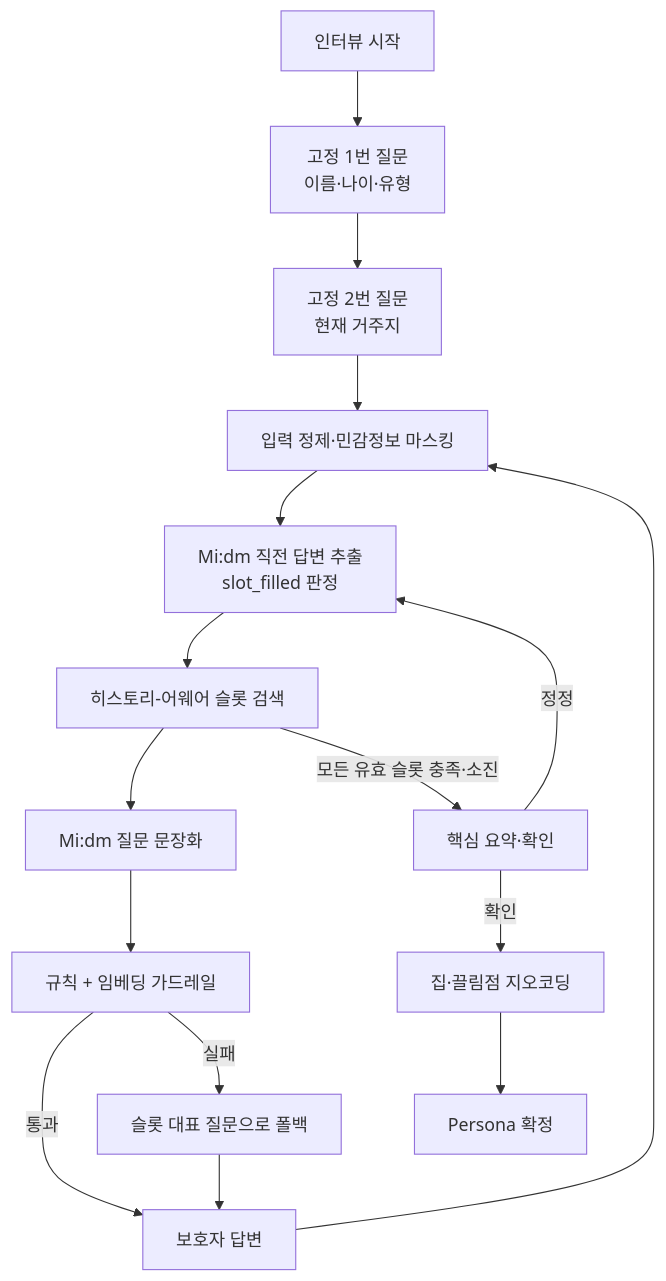
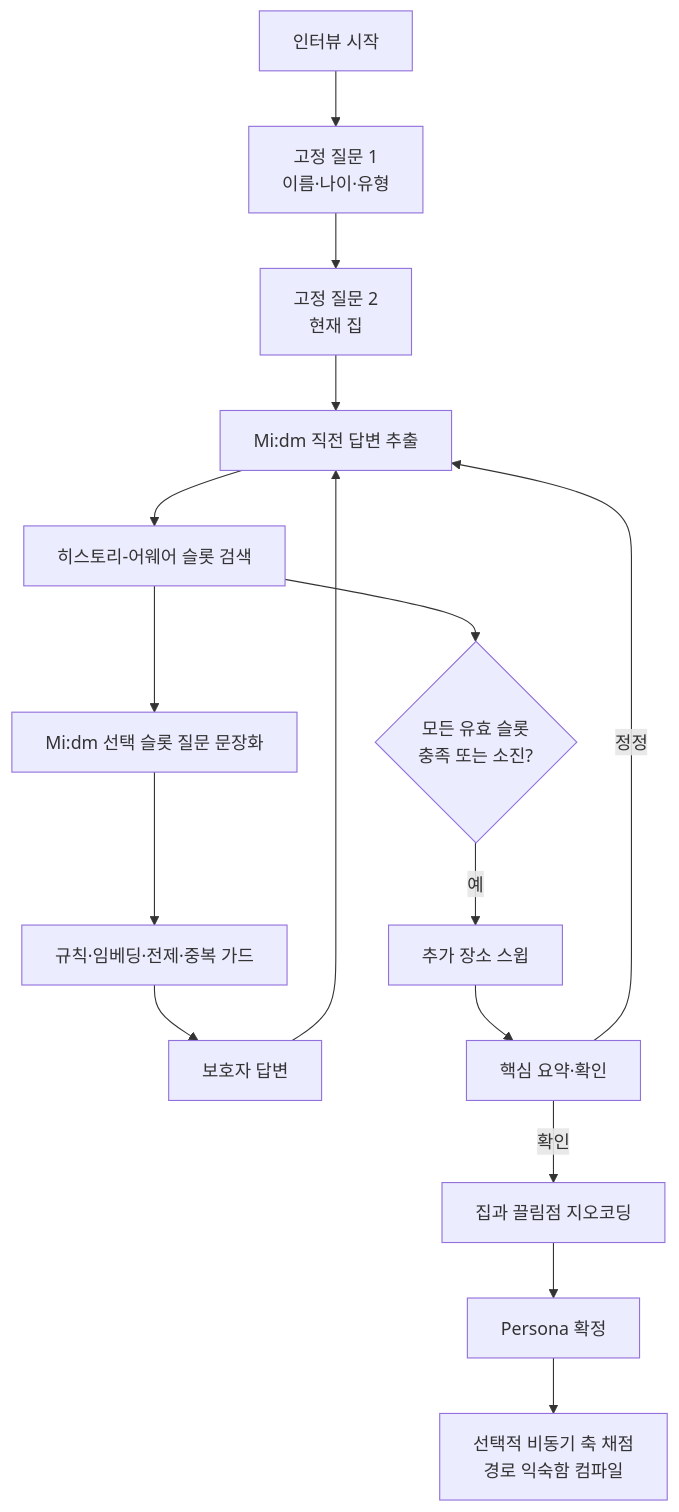
The second of 5 diagrams in README.md (Donghaeng-AI-ROOKIE/Come-back-home), drawn with Mermaid before and after one commit. The commit also changed other lines of this file and 1 other file, not shown here.

````diff
--- a/README.md
+++ b/README.md
@@ -66,18 +64,18 @@
 ```mermaid
 flowchart TD
-    S[인터뷰 시작] --> I[고정 1번 질문\n이름·나이·유형]
-    I --> H[고정 2번 질문\n현재 거주지]
-    H --> A[입력 정제·민감정보 마스킹]
-    A --> X[Mi:dm 직전 답변 추출\nslot_filled 판정]
-    X --> R[히스토리-어웨어 슬롯 검색]
-    R --> Q[Mi:dm 질문 문장화]
-    Q --> G[규칙 + 임베딩 가드레일]
-    G -->|통과| U[보호자 답변]
-    G -->|실패| F[슬롯 대표 질문으로 폴백]
-    F --> U
-    U --> A
-    R -->|모든 유효 슬롯 충족·소진| C[핵심 요약·확인]
-    C -->|정정| X
-    C -->|확인| GEO[집·끌림점 지오코딩]
-    GEO --> P[Persona 확정]
+    S["인터뷰 시작"] --> I["고정 질문 1<br/>이름·나이·유형"]
+    I --> H["고정 질문 2<br/>현재 집"]
+    H --> X["Mi:dm 직전 답변 추출"]
+    X --> R["히스토리-어웨어 슬롯 검색"]
+    R --> Q["Mi:dm 선택 슬롯 질문 문장화"]
+    Q --> G["규칙·임베딩·전제·중복 가드"]
+    G --> U["보호자 답변"]
+    U --> X
+    R --> C{"모든 유효 슬롯<br/>충족 또는 소진?"}
+    C -- "예" --> SW["추가 장소 스윕"]
+    SW --> CF["핵심 요약·확인"]
+    CF -- "정정" --> X
+    CF -- "확인" --> GEO["집과 끌림점 지오코딩"]
+    GEO --> P["Persona 확정"]
+    P --> SCORE["선택적 비동기 축 채점<br/>경로 익숙함 컴파일"]
 ```
````
